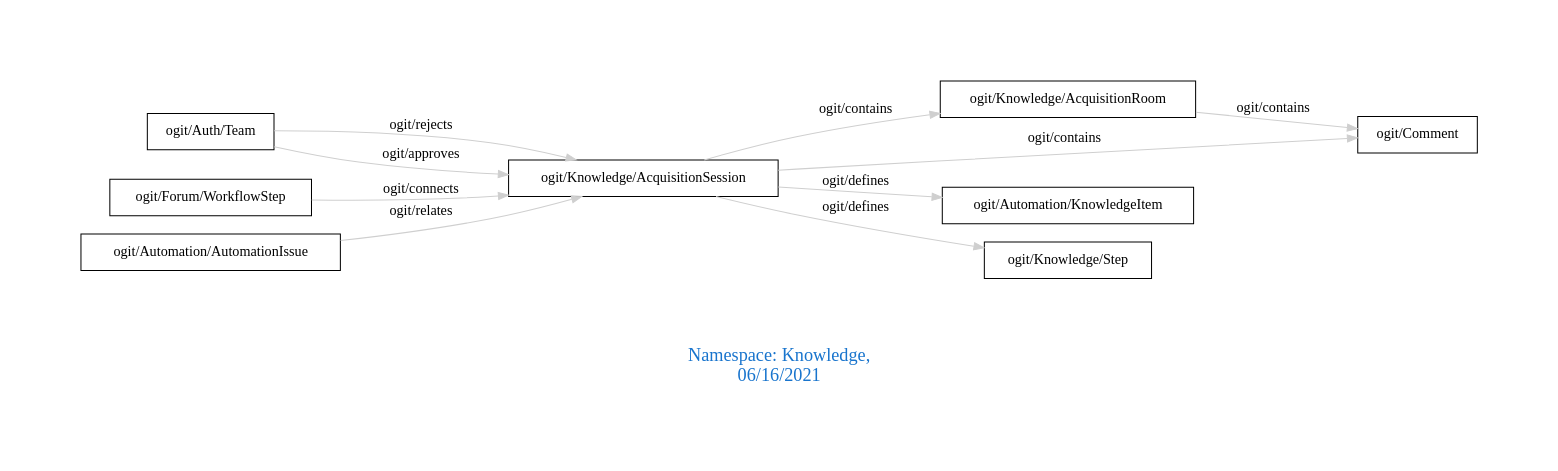
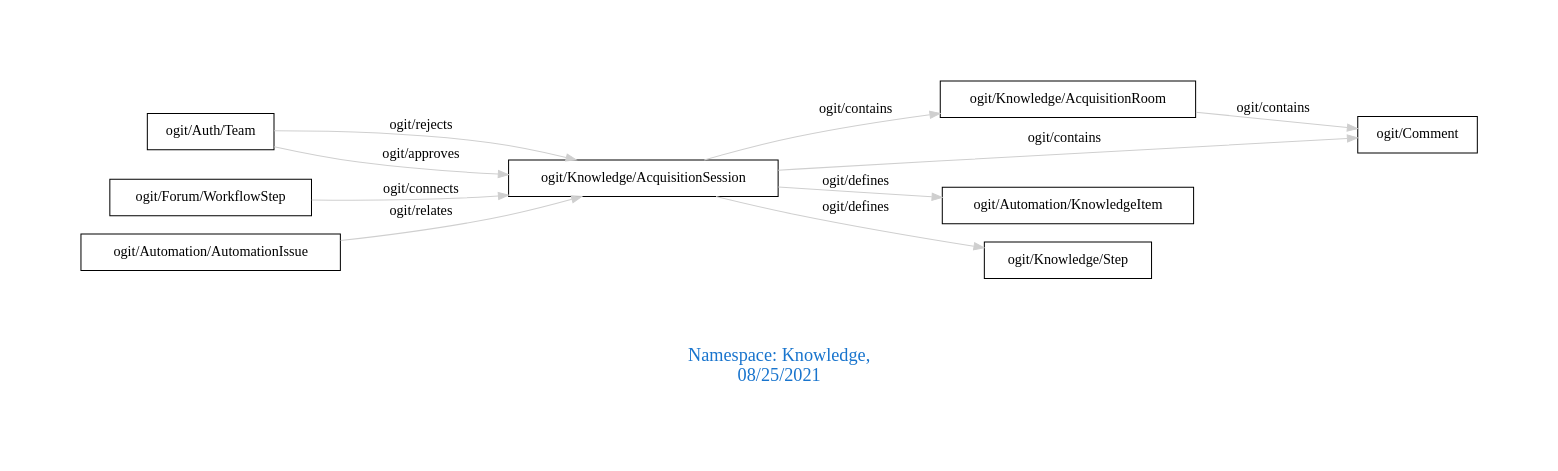
One commit to arago/OGIT changed the diagram in downloads/Knowledge.dot. Above: the diagram before and after it, drawn with Graphviz. The commit also changed 1911 other files, not shown here.

```diff
--- a/downloads/Knowledge.dot
+++ b/downloads/Knowledge.dot
@@ -1,17 +1,17 @@
 digraph OGIT_ontology {
  graph [ rankdir= LR,pad=1 
 fontsize = 18,
-fontcolor= dodgerblue3,label = "\n\n\nNamespace: Knowledge, \n 06/16/2021"];
+fontcolor= dodgerblue3,label = "\n\n\nNamespace: Knowledge, \n 08/25/2021"];
 node[shape=polygon];
 edge [  color="gray81"];
 
    "ogit/Knowledge/AcquisitionRoom" -> "ogit/Comment" [label="   ogit/contains    "];
    "ogit/Knowledge/AcquisitionSession" -> "ogit/Comment" [label="   ogit/contains    "];
    "ogit/Knowledge/AcquisitionSession" -> "ogit/Knowledge/AcquisitionRoom" [label="   ogit/contains    "];
    "ogit/Knowledge/AcquisitionSession" -> "ogit/Automation/KnowledgeItem" [label="   ogit/defines    "];
    "ogit/Knowledge/AcquisitionSession" -> "ogit/Knowledge/Step" [label="   ogit/defines    "];
    "ogit/Auth/Team" -> "ogit/Knowledge/AcquisitionSession" [label="   ogit/rejects    "];
    "ogit/Forum/WorkflowStep" -> "ogit/Knowledge/AcquisitionSession" [label="   ogit/connects    "];
    "ogit/Auth/Team" -> "ogit/Knowledge/AcquisitionSession" [label="   ogit/approves    "];
    "ogit/Automation/AutomationIssue" -> "ogit/Knowledge/AcquisitionSession" [label="   ogit/relates    "];
 }
```
